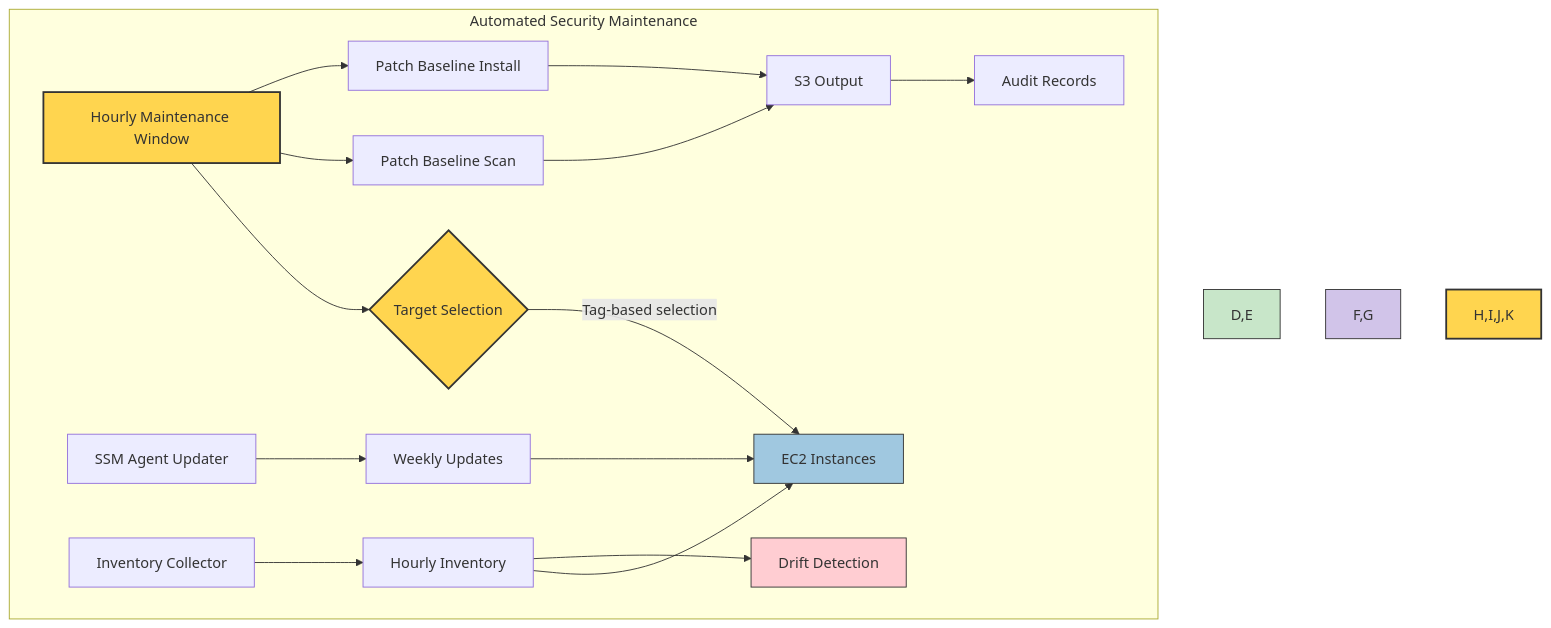
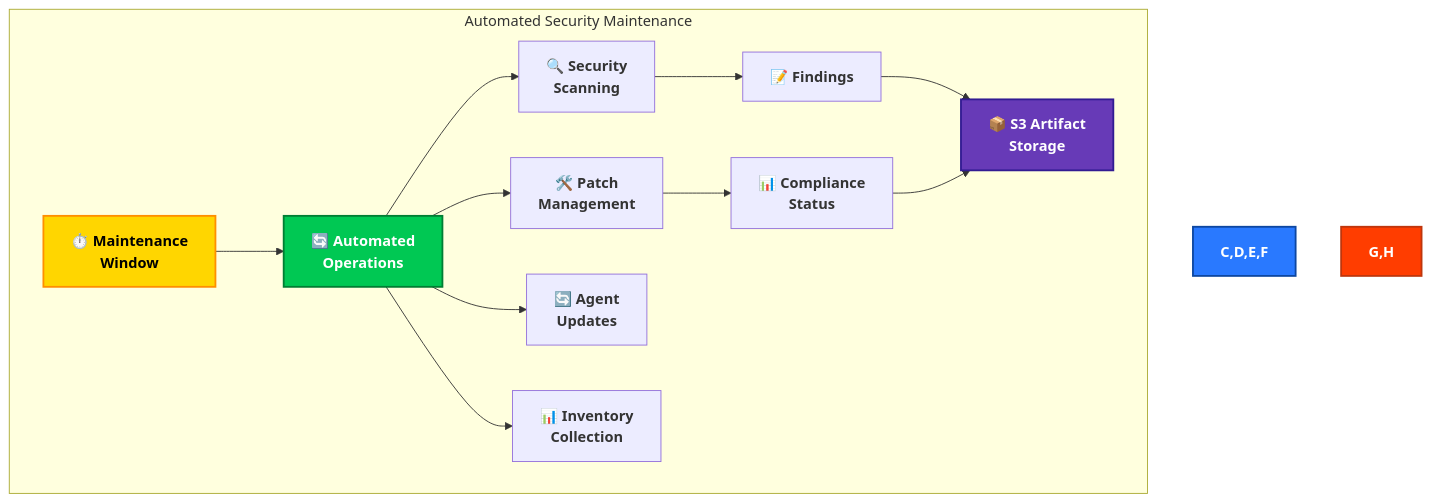
One commit to Hack23/cia changed diagram 11 of 15 in SECURITY_ARCHITECTURE.md. Above: the diagram before and after it, drawn with Mermaid. The commit also changed other lines of this file, not shown here.

````diff
--- a/SECURITY_ARCHITECTURE.md
+++ b/SECURITY_ARCHITECTURE.md
@@ -850,28 +668,23 @@
 ```mermaid
 flowchart TD
     subgraph "Automated Security Maintenance"
-        A[Hourly Maintenance Window] --> B{Target Selection}
-        B -->|Tag-based selection| C[EC2 Instances]
+        A[⏱️ Maintenance<br>Window] --> B[🔄 Automated<br>Operations]
         
-        A --> D[Patch Baseline Scan]
-        A --> E[Patch Baseline Install]
+        B --> C[🔍 Security<br>Scanning]
+        B --> D[🛠️ Patch<br>Management]
+        B --> E[🔄 Agent<br>Updates]
+        B --> F[📊 Inventory<br>Collection]
         
-        D & E --> F[S3 Output]
-        F --> G[Audit Records]
+        C --> G[📝 Findings]
+        D --> H[📊 Compliance<br>Status]
         
-        H[SSM Agent Updater] --> I[Weekly Updates]
-        I --> C
-        
-        J[Inventory Collector] --> K[Hourly Inventory]
-        K --> C
-        K --> L[Drift Detection]
+        G & H --> I[📦 S3 Artifact<br>Storage]
     end
     
-    style A fill:#ffd54f,stroke:#333,stroke-width:2px
-    style B fill:#ffd54f,stroke:#333,stroke-width:2px
-    style C fill:#a0c8e0,stroke:#333,stroke-width:1px
-    style D,E fill:#c8e6c9,stroke:#333,stroke-width:1px
-    style F,G fill:#d1c4e9,stroke:#333,stroke-width:1px
-    style H,I,J,K fill:#ffd54f,stroke:#333,stroke-width:2px
-    style L fill:#ffcdd2,stroke:#333,stroke-width:1px
+    style A fill:#FFD600,stroke:#FF8F00,stroke-width:2px,color:black,font-weight:bold
+    style B fill:#00C853,stroke:#007E33,stroke-width:2px,color:white,font-weight:bold
+    style C,D,E,F fill:#2979FF,stroke:#0D47A1,stroke-width:2px,color:white,font-weight:bold
+    style G,H fill:#FF3D00,stroke:#BF360C,stroke-width:2px,color:white,font-weight:bold
+    style I fill:#673AB7,stroke:#311B92,stroke-width:2px,color:white,font-weight:bold
+    classDef default font-weight:bold
 ```
````
